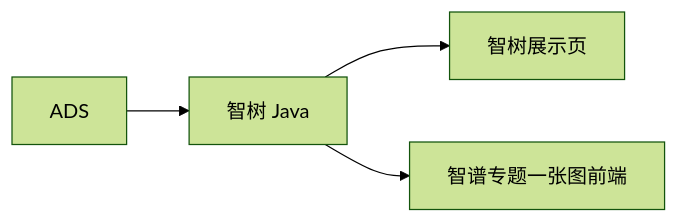
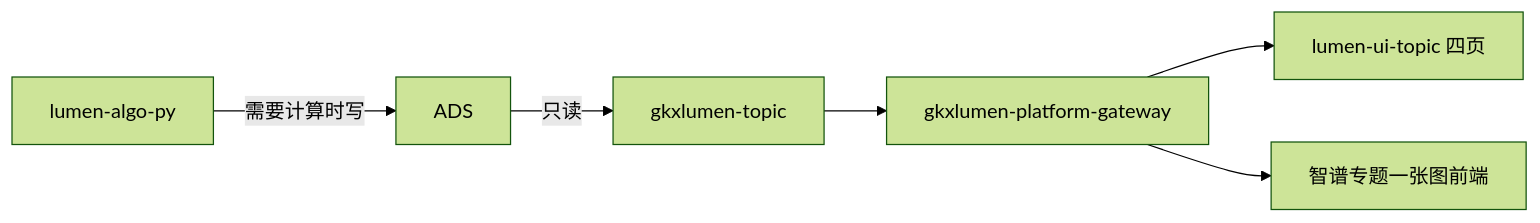
One commit to Marisolebxf/- changed the second of 2 diagrams in agent-delivery/工程过程/04-系统集成/04-门户系统集成/技术方案.md. Above: the diagram before and after it, drawn with Mermaid (forest theme). The commit also changed other lines of this file and 15 other files, not shown here.

````diff
--- a/agent-delivery/工程过程/04-系统集成/04-门户系统集成/技术方案.md
+++ b/agent-delivery/工程过程/04-系统集成/04-门户系统集成/技术方案.md
@@ -50,6 +183,8 @@
 ```mermaid
 flowchart LR
-  ADS[ADS] --> J[智树 Java]
-  J --> FE[智树展示页]
-  J --> ZP[智谱专题一张图前端]
+  PY["lumen-algo-py"] -->|需要计算时写| ADS[ADS]
+  ADS -->|只读| J["gkxlumen-topic"]
+  J --> GW["gkxlumen-platform-gateway"]
+  GW --> FE["lumen-ui-topic 四页"]
+  GW --> ZP["智谱专题一张图前端"]
 ```
````
